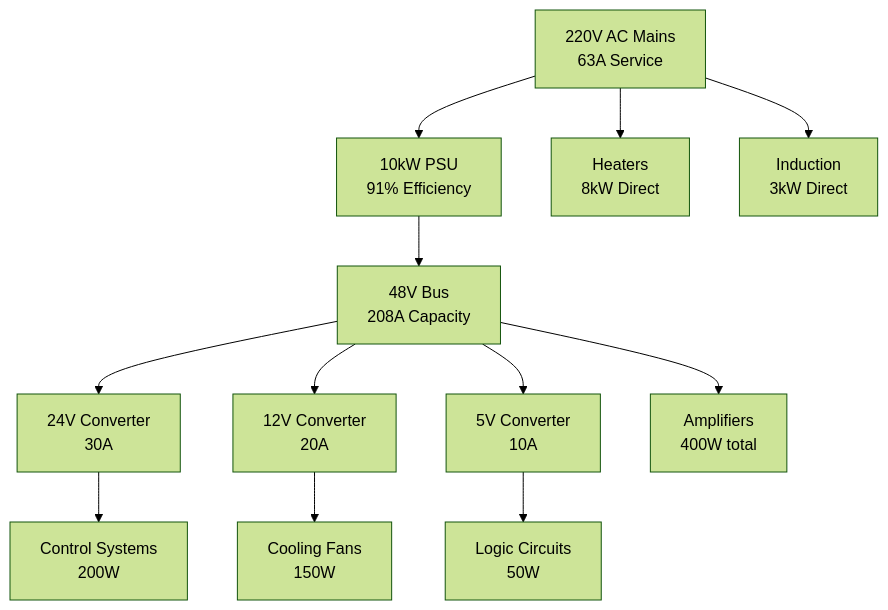
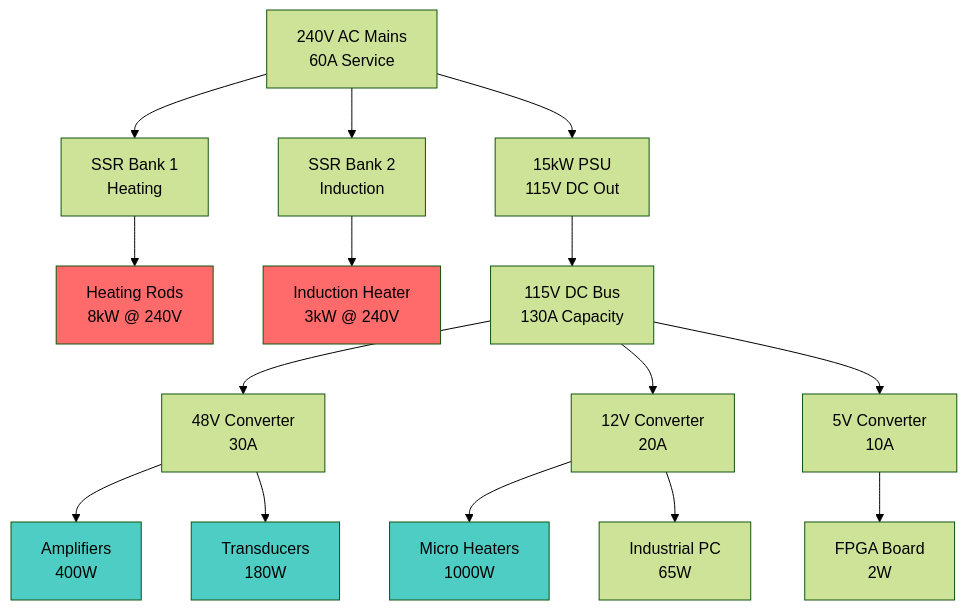
The second of 2 diagrams in docs/analysis/power.md (jnarwell/drip), drawn with Mermaid (forest theme) before and after one commit. The commit also changed other lines of this file and 45 other files, not shown here.

First line of the commit message:
Refactor power architecture for AC/DC separation

````diff
--- a/docs/analysis/power.md
+++ b/docs/analysis/power.md
@@ -19,17 +60,26 @@
 ```mermaid
 graph TD
-    MAINS[220V AC Mains<br/>63A Service] --> PSU[10kW PSU<br/>91% Efficiency]
-    PSU --> BUS48[48V Bus<br/>208A Capacity]
+    MAINS[240V AC Mains<br/>60A Service] --> SSR1[SSR Bank 1<br/>Heating]
+    MAINS --> SSR2[SSR Bank 2<br/>Induction]
+    MAINS --> PSU[15kW PSU<br/>115V DC Out]
     
-    BUS48 --> CONV24[24V Converter<br/>30A]
-    BUS48 --> CONV12[12V Converter<br/>20A]
-    BUS48 --> CONV5[5V Converter<br/>10A]
+    SSR1 --> HEAT[Heating Rods<br/>8kW @ 240V]
+    SSR2 --> IND[Induction Heater<br/>3kW @ 240V]
     
-    BUS48 --> AMP[Amplifiers<br/>400W total]
-    CONV24 --> CTRL[Control Systems<br/>200W]
-    CONV12 --> FANS[Cooling Fans<br/>150W]
-    CONV5 --> LOGIC[Logic Circuits<br/>50W]
+    PSU --> BUS115[115V DC Bus<br/>130A Capacity]
+    BUS115 --> CONV48[48V Converter<br/>30A]
+    BUS115 --> CONV12[12V Converter<br/>20A]
+    BUS115 --> CONV5[5V Converter<br/>10A]
     
-    MAINS --> HEAT[Heaters<br/>8kW Direct]
-    MAINS --> IND[Induction<br/>3kW Direct]
+    CONV48 --> AMP[Amplifiers<br/>400W]
+    CONV48 --> TRANS[Transducers<br/>180W]
+    CONV12 --> MHEAT[Micro Heaters<br/>1000W]
+    CONV12 --> PC[Industrial PC<br/>65W]
+    CONV5 --> FPGA[FPGA Board<br/>2W]
+    
+    style HEAT fill:#ff6b6b
+    style IND fill:#ff6b6b
+    style MHEAT fill:#4ecdc4
+    style AMP fill:#4ecdc4
+    style TRANS fill:#4ecdc4
 ```
````
